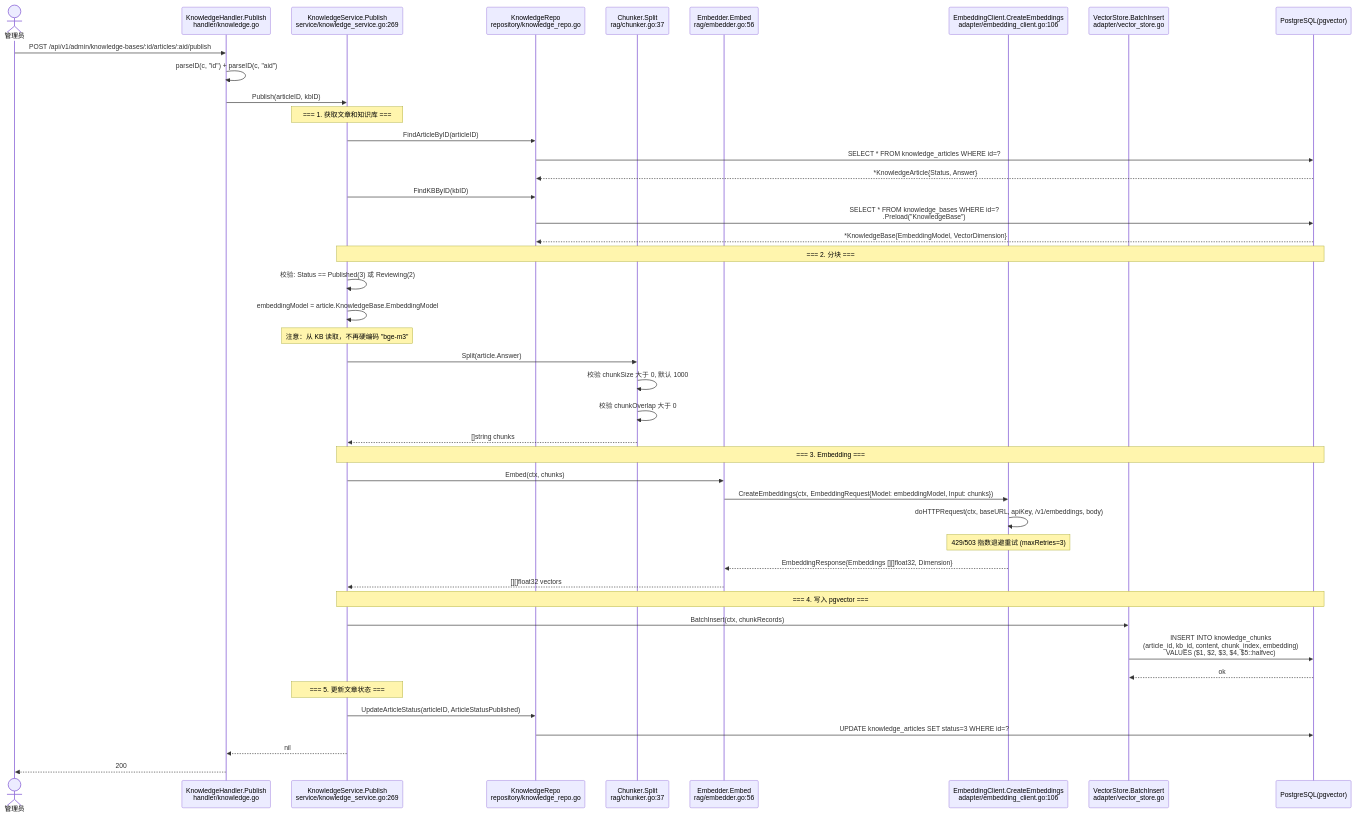
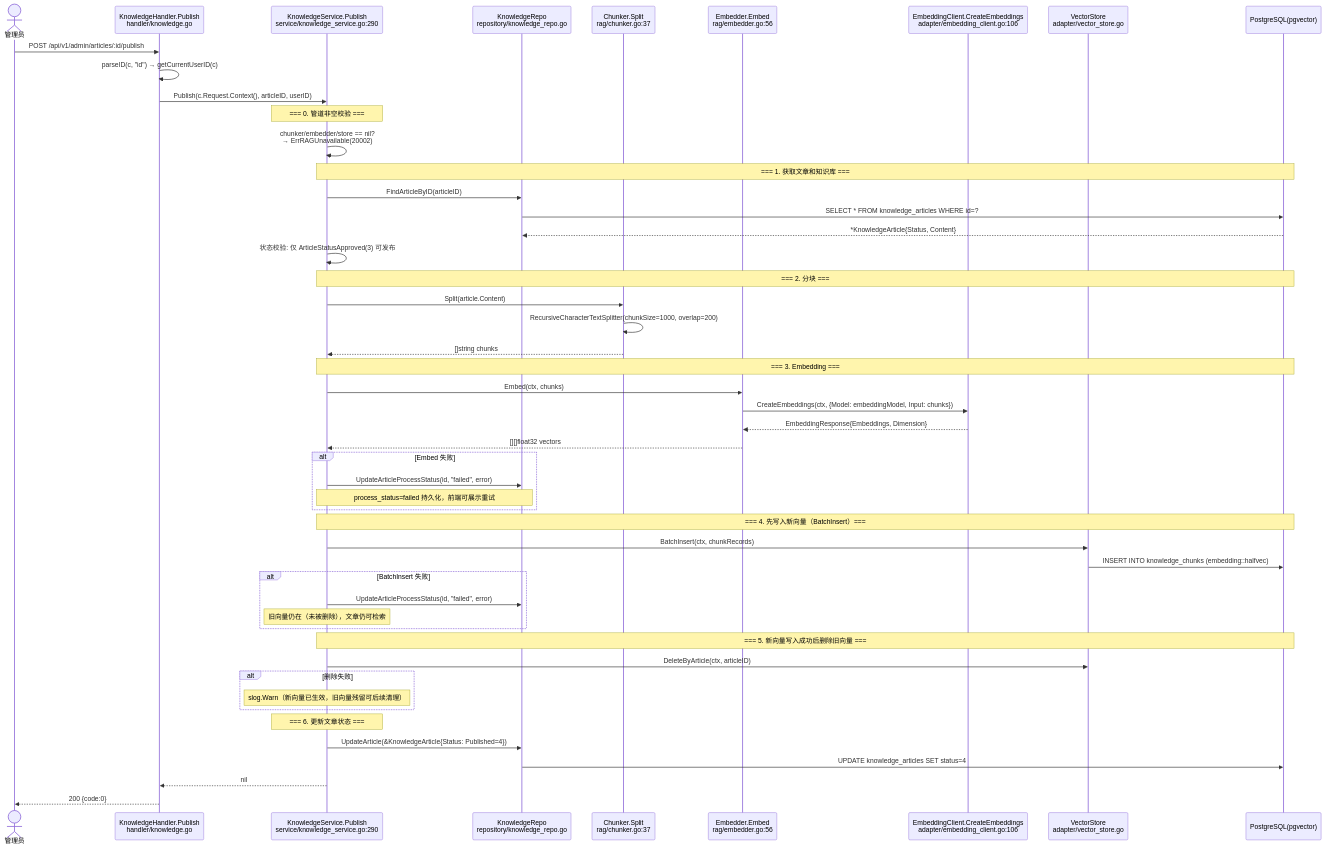
One commit to int2t05/Cognik changed the second of 5 diagrams in docs/diagrams/knowledge-publish-flow.md. Above: the diagram before and after it, drawn with Mermaid. The commit also changed other lines of this file and 4 other files, not shown here.

First line of the commit message:
fix: Publish 管道健壮性修复 — ctx传递 + 先写后删 + ErrRAGUnavailable + failed状态持久化

````diff
--- a/docs/diagrams/knowledge-publish-flow.md
+++ b/docs/diagrams/knowledge-publish-flow.md
@@ -71,52 +73,60 @@
 ```mermaid
 sequenceDiagram
     actor A as 管理员
     participant KH as KnowledgeHandler.Publish<br/>handler/knowledge.go
-    participant KS as KnowledgeService.Publish<br/>service/knowledge_service.go:269
+    participant KS as KnowledgeService.Publish<br/>service/knowledge_service.go:290
     participant KR as KnowledgeRepo<br/>repository/knowledge_repo.go
     participant CH as Chunker.Split<br/>rag/chunker.go:37
     participant EM as Embedder.Embed<br/>rag/embedder.go:56
     participant EC as EmbeddingClient.CreateEmbeddings<br/>adapter/embedding_client.go:106
-    participant VS as VectorStore.BatchInsert<br/>adapter/vector_store.go
+    participant VS as VectorStore<br/>adapter/vector_store.go
     participant DB as PostgreSQL(pgvector)
 
-    A->>KH: POST /api/v1/admin/knowledge-bases/:id/articles/:aid/publish
-    KH->>KH: parseID(c, "id") + parseID(c, "aid")
-    KH->>KS: Publish(articleID, kbID)
+    A->>KH: POST /api/v1/admin/articles/:id/publish
+    KH->>KH: parseID(c, "id") → getCurrentUserID(c)
+    KH->>KS: Publish(c.Request.Context(), articleID, userID)
 
-    Note over KS: === 1. 获取文章和知识库 ===
+    Note over KS: === 0. 管道非空校验 ===
+    KS->>KS: chunker/embedder/store == nil?<br/>→ ErrRAGUnavailable(20002)
+
+    Note over KS,DB: === 1. 获取文章和知识库 ===
     KS->>KR: FindArticleByID(articleID)
     KR->>DB: SELECT * FROM knowledge_articles WHERE id=?
-    DB-->>KR: *KnowledgeArticle{Status, Answer}
-    KS->>KR: FindKBByID(kbID)
-    KR->>DB: SELECT * FROM knowledge_bases WHERE id=?<br/>.Preload("KnowledgeBase")
-    DB-->>KR: *KnowledgeBase{EmbeddingModel, VectorDimension}
+    DB-->>KR: *KnowledgeArticle{Status, Content}
+    KS->>KS: 状态校验: 仅 ArticleStatusApproved(3) 可发布
 
     Note over KS,DB: === 2. 分块 ===
-    KS->>KS: 校验: Status == Published(3) 或 Reviewing(2)
-    KS->>KS: embeddingModel = article.KnowledgeBase.EmbeddingModel
-    Note over KS: 注意：从 KB 读取，不再硬编码 "bge-m3"
-    KS->>CH: Split(article.Answer)
-    CH->>CH: 校验 chunkSize 大于 0, 默认 1000
-    CH->>CH: 校验 chunkOverlap 大于 0
+    KS->>CH: Split(article.Content)
+    CH->>CH: RecursiveCharacterTextSplitter(chunkSize=1000, overlap=200)
     CH-->>KS: []string chunks
 
     Note over KS,DB: === 3. Embedding ===
     KS->>EM: Embed(ctx, chunks)
-    EM->>EC: CreateEmbeddings(ctx, EmbeddingRequest{Model: embeddingModel, Input: chunks})
-    EC->>EC: doHTTPRequest(ctx, baseURL, apiKey, /v1/embeddings, body)
-    Note over EC: 429/503 指数退避重试 (maxRetries=3)
-    EC-->>EM: EmbeddingResponse{Embeddings [][]float32, Dimension}
+    EM->>EC: CreateEmbeddings(ctx, {Model: embeddingModel, Input: chunks})
+    EC-->>EM: EmbeddingResponse{Embeddings, Dimension}
     EM-->>KS: [][]float32 vectors
+    alt Embed 失败
+        KS->>KR: UpdateArticleProcessStatus(id, "failed", error)
+        Note over KS,KR: process_status=failed 持久化，前端可展示重试
+    end
 
-    Note over KS,DB: === 4. 写入 pgvector ===
+    Note over KS,DB: === 4. 先写入新向量（BatchInsert）===
     KS->>VS: BatchInsert(ctx, chunkRecords)
-    VS->>DB: INSERT INTO knowledge_chunks<br/>(article_id, kb_id, content, chunk_index, embedding)<br/>VALUES ($1, $2, $3, $4, $5::halfvec)
-    DB-->>VS: ok
+    VS->>DB: INSERT INTO knowledge_chunks (embedding::halfvec)
+    alt BatchInsert 失败
+        KS->>KR: UpdateArticleProcessStatus(id, "failed", error)
+        Note over KS: 旧向量仍在（未被删除），文章仍可检索
+    end
 
-    Note over KS: === 5. 更新文章状态 ===
-    KS->>KR: UpdateArticleStatus(articleID, ArticleStatusPublished)
-    KR->>DB: UPDATE knowledge_articles SET status=3 WHERE id=?
+    Note over KS,DB: === 5. 新向量写入成功后删除旧向量 ===
+    KS->>VS: DeleteByArticle(ctx, articleID)
+    alt 删除失败
+        Note over KS: slog.Warn（新向量已生效，旧向量残留可后续清理）
+    end
+
+    Note over KS: === 6. 更新文章状态 ===
+    KS->>KR: UpdateArticle(&KnowledgeArticle{Status: Published=4})
+    KR->>DB: UPDATE knowledge_articles SET status=4
     KS-->>KH: nil
-    KH-->>A: 200
+    KH-->>A: 200 {code:0}
 ```
````
